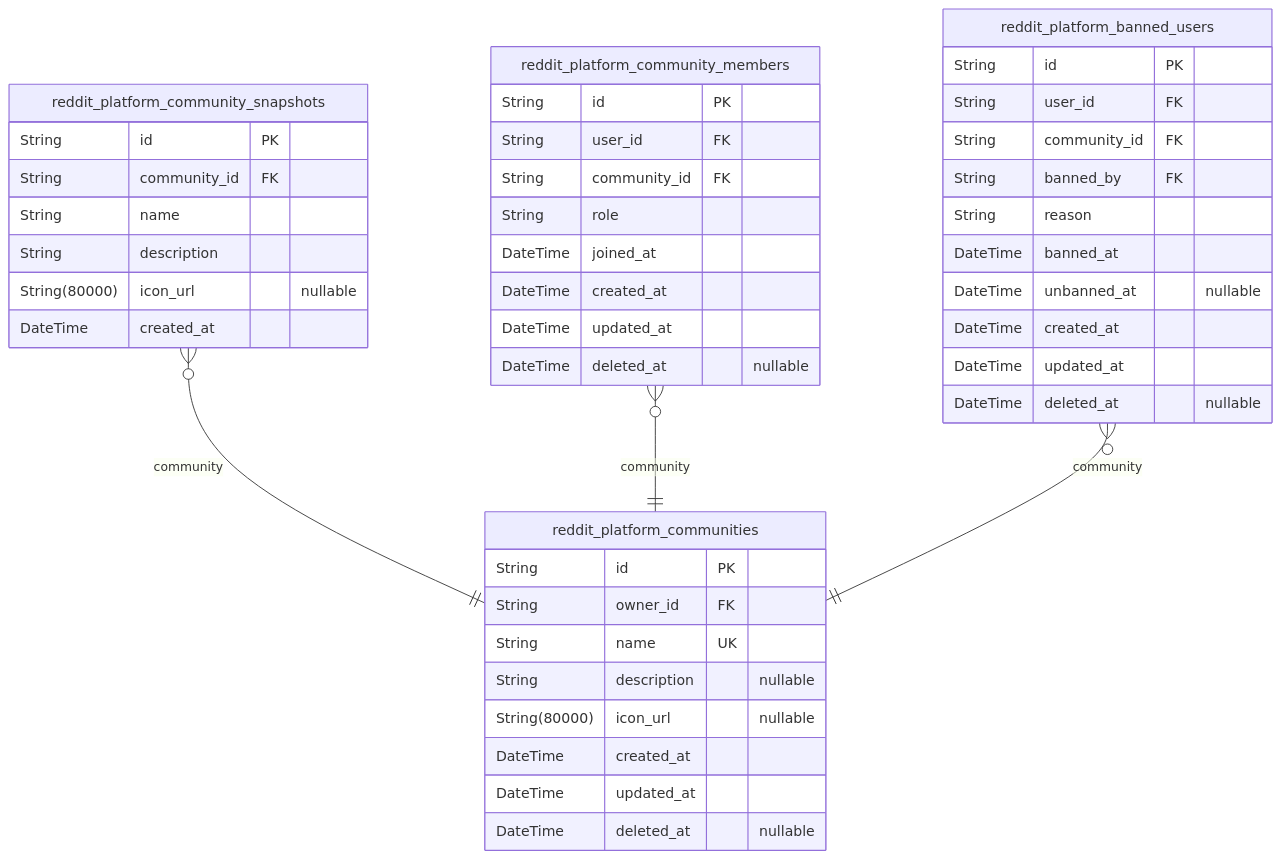
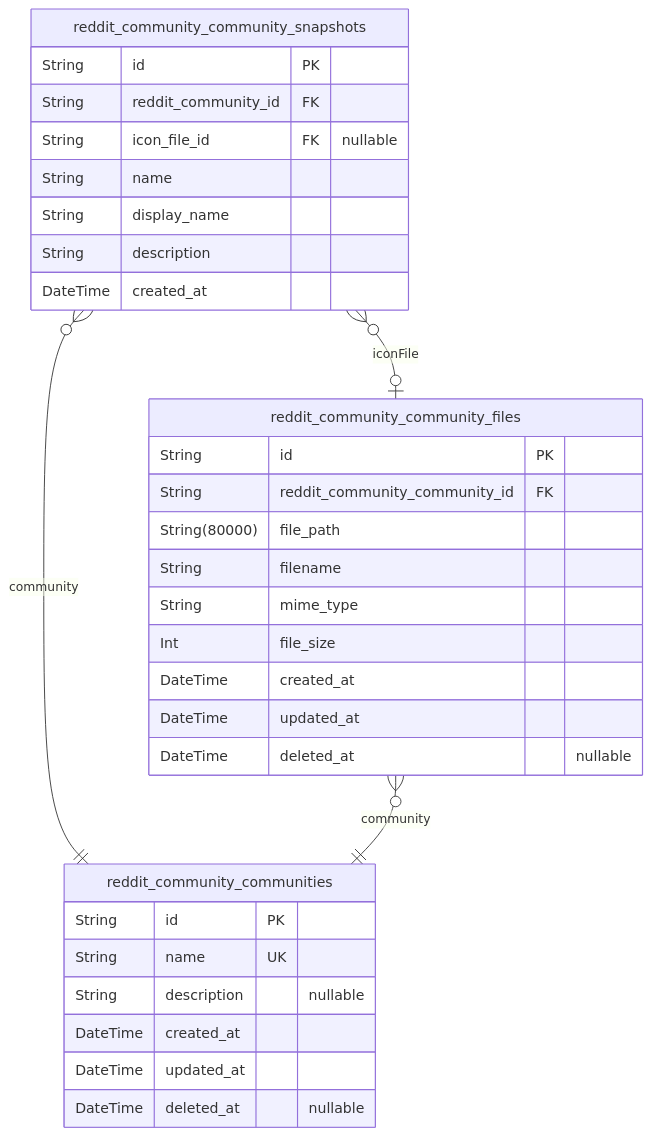
Before and after one commit to wrtnlabs/autobe-examples: the second of 5 diagrams in qwen/qwen3.5-35b-a3b/reddit/docs/ERD.md, drawn with Mermaid. The commit also changed other lines of this file and 6645 other files, not shown here.

````diff
--- a/qwen/qwen3.5-35b-a3b/reddit/docs/ERD.md
+++ b/qwen/qwen3.5-35b-a3b/reddit/docs/ERD.md
@@ -421,46 +585,34 @@
 ```mermaid
 erDiagram
-"reddit_platform_communities" {
+"reddit_community_communities" {
   String id PK
-  String owner_id FK
   String name UK
   String description "nullable"
-  String(80000) icon_url "nullable"
   DateTime created_at
   DateTime updated_at
   DateTime deleted_at "nullable"
 }
-"reddit_platform_community_snapshots" {
+"reddit_community_community_snapshots" {
   String id PK
-  String community_id FK
+  String reddit_community_id FK
+  String icon_file_id FK "nullable"
   String name
+  String display_name
   String description
-  String(80000) icon_url "nullable"
   DateTime created_at
 }
-"reddit_platform_community_members" {
+"reddit_community_community_files" {
   String id PK
-  String user_id FK
-  String community_id FK
-  String role
-  DateTime joined_at
+  String reddit_community_community_id FK
+  String(80000) file_path
+  String filename
+  String mime_type
+  Int file_size
   DateTime created_at
   DateTime updated_at
   DateTime deleted_at "nullable"
 }
-"reddit_platform_banned_users" {
-  String id PK
-  String user_id FK
-  String community_id FK
-  String banned_by FK
-  String reason
-  DateTime banned_at
-  DateTime unbanned_at "nullable"
-  DateTime created_at
-  DateTime updated_at
-  DateTime deleted_at "nullable"
-}
-"reddit_platform_community_snapshots" }o--|| "reddit_platform_communities" : community
-"reddit_platform_community_members" }o--|| "reddit_platform_communities" : community
-"reddit_platform_banned_users" }o--|| "reddit_platform_communities" : community
+"reddit_community_community_snapshots" }o--|| "reddit_community_communities" : community
+"reddit_community_community_snapshots" }o--o| "reddit_community_community_files" : iconFile
+"reddit_community_community_files" }o--|| "reddit_community_communities" : community
 ```
````
